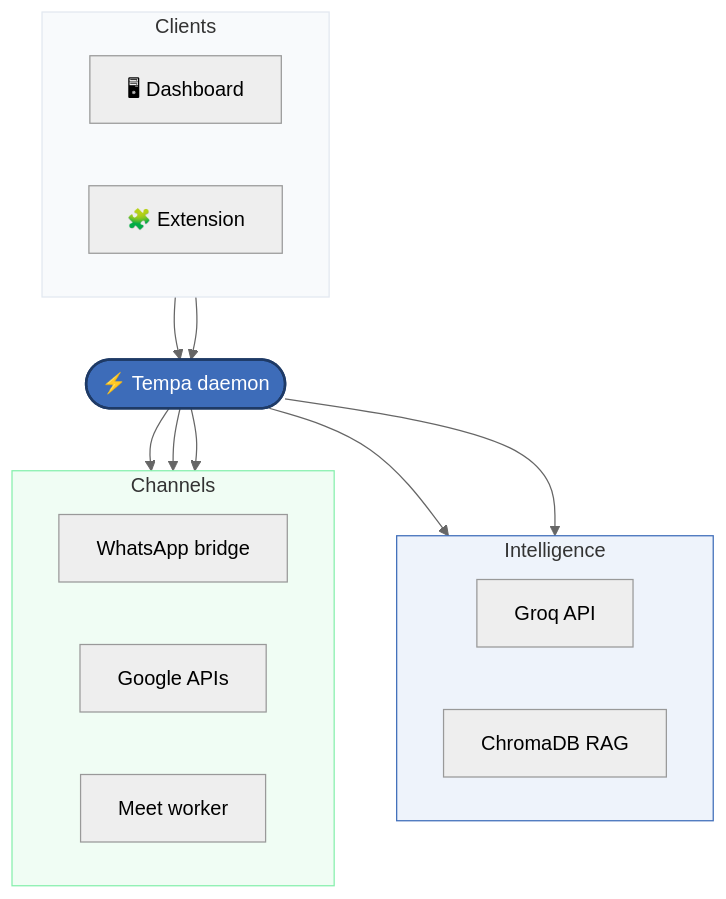
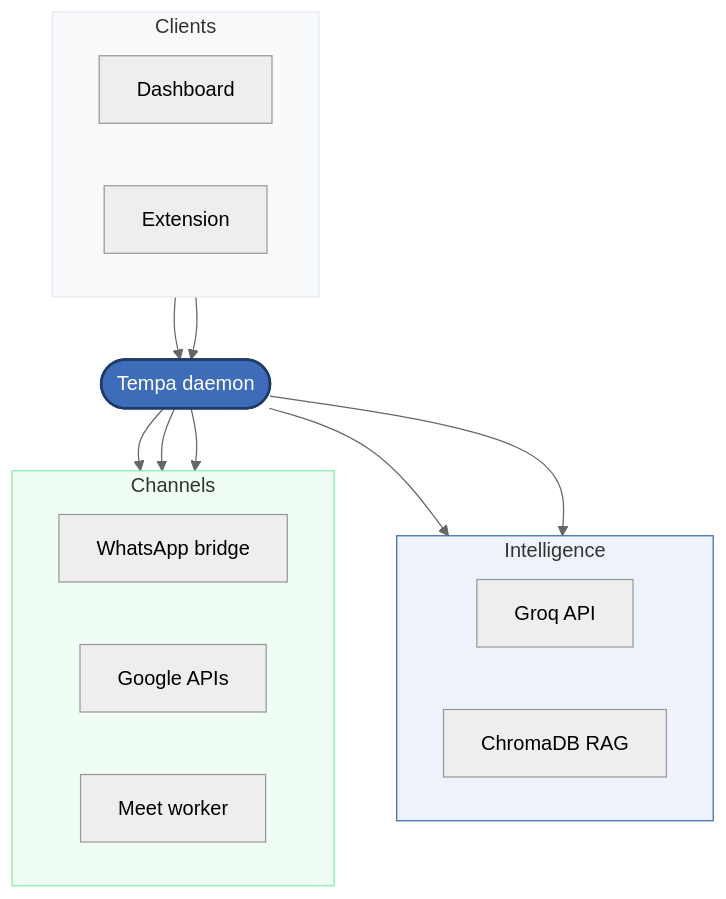
The diagram in README.md (Haroon966/Tempa), drawn with Mermaid (neutral theme) before and after one commit. The commit also changed other lines of this file and 6 other files, not shown here.

````diff
--- a/README.md
+++ b/README.md
@@ -82,32 +68,39 @@
 ```mermaid
 flowchart TB
-    subgraph UI[" Clients "]
+    subgraph UI["Clients"]
         direction LR
-        D["🖥 Dashboard"]
-        E["🧩 Extension"]
+        D["Dashboard"]
+        E["Extension"]
     end
 
-    T([" ⚡ Tempa daemon "])
+    T(["Tempa daemon"]):::daemon
 
-    subgraph AI[" Intelligence "]
+    subgraph AI["Intelligence"]
         direction LR
         G["Groq API"]
         R["ChromaDB RAG"]
     end
 
-    subgraph IO[" Channels "]
+    subgraph IO["Channels"]
         direction LR
         W["WhatsApp bridge"]
         GA["Google APIs"]
         M["Meet worker"]
     end
 
-    D & E --> T
-    T --> G & R
-    T --> W & GA & M
+    D --> T
+    E --> T
+    T --> G
+    T --> R
+    T --> W
+    T --> GA
+    T --> M
 
-    style T fill:#3d6cb9,color:#fff,stroke:#1e3a66,stroke-width:2px
-    style UI fill:#f8fafc,stroke:#e2e8f0
-    style AI fill:#eef3fb,stroke:#3d6cb9
-    style IO fill:#f0fdf4,stroke:#86efac
+    classDef daemon fill:#3d6cb9,color:#fff,stroke:#1e3a66,stroke-width:2px
+    classDef ui fill:#f8fafc,stroke:#e2e8f0
+    classDef ai fill:#eef3fb,stroke:#3d6cb9
+    classDef io fill:#f0fdf4,stroke:#86efac
+    class UI ui
+    class AI ai
+    class IO io
 ```
````
